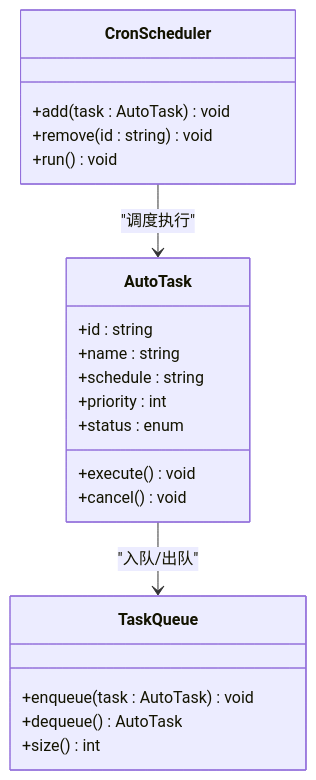
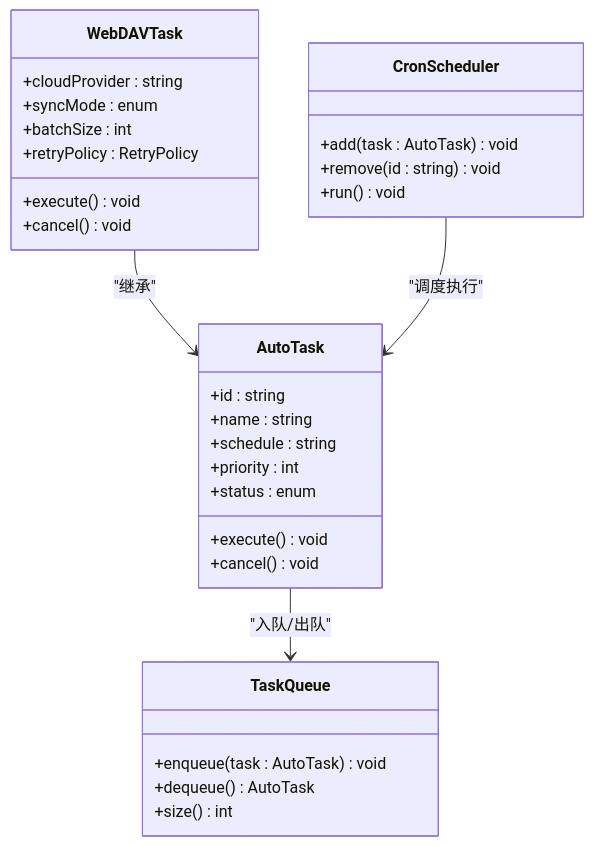
One commit to ZhangGHGitHub/LegadoTeamFlutter changed the sixth of 11 diagrams in .qoder/repowiki/zh/content/架构设计/分层架构设计/数据访问层/数据同步机制.md. Above: the diagram before and after it, drawn with Mermaid. The commit also changed other lines of this file and 66 other files, not shown here.

````diff
--- a/.qoder/repowiki/zh/content/架构设计/分层架构设计/数据访问层/数据同步机制.md
+++ b/.qoder/repowiki/zh/content/架构设计/分层架构设计/数据访问层/数据同步机制.md
@@ -266,24 +324,33 @@
 ```mermaid
 classDiagram
 class AutoTask {
 +id : string
 +name : string
 +schedule : string
 +priority : int
 +status : enum
++execute() void
++cancel() void
+}
+class WebDAVTask {
++cloudProvider : string
++syncMode : enum
++batchSize : int
++retryPolicy : RetryPolicy
 +execute() void
 +cancel() void
 }
 class CronScheduler {
 +add(task : AutoTask) void
 +remove(id : string) void
 +run() void
 }
 class TaskQueue {
 +enqueue(task : AutoTask) void
 +dequeue() AutoTask
 +size() int
 }
 AutoTask --> TaskQueue : "入队/出队"
+WebDAVTask --> AutoTask : "继承"
 CronScheduler --> AutoTask : "调度执行"
 ```
````
